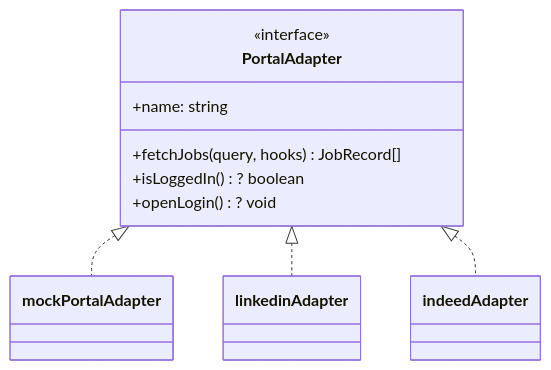
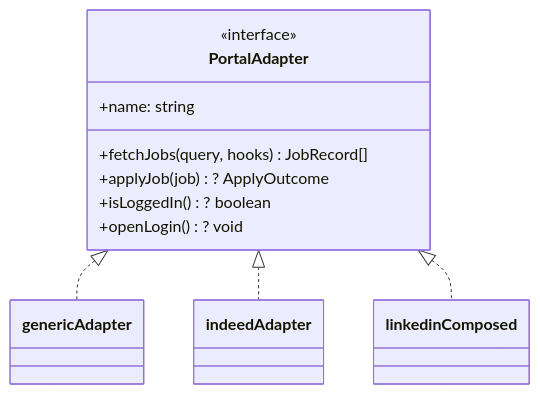
Before and after one commit to lamadev7/job-hunt-scout: the third of 6 diagrams in ARCHITECTURE.md, drawn with Mermaid. The commit also changed other lines of this file and 1 other file, not shown here.

````diff
--- a/ARCHITECTURE.md
+++ b/ARCHITECTURE.md
@@ -107,13 +109,14 @@
 ```mermaid
 classDiagram
   class PortalAdapter {
     <<interface>>
     +name: string
     +fetchJobs(query, hooks) JobRecord[]
+    +applyJob(job)? ApplyOutcome
     +isLoggedIn()? boolean
     +openLogin()? void
   }
-  PortalAdapter <|.. mockPortalAdapter
-  PortalAdapter <|.. linkedinAdapter
+  PortalAdapter <|.. genericAdapter
   PortalAdapter <|.. indeedAdapter
+  PortalAdapter <|.. linkedinComposed
 ```
````
